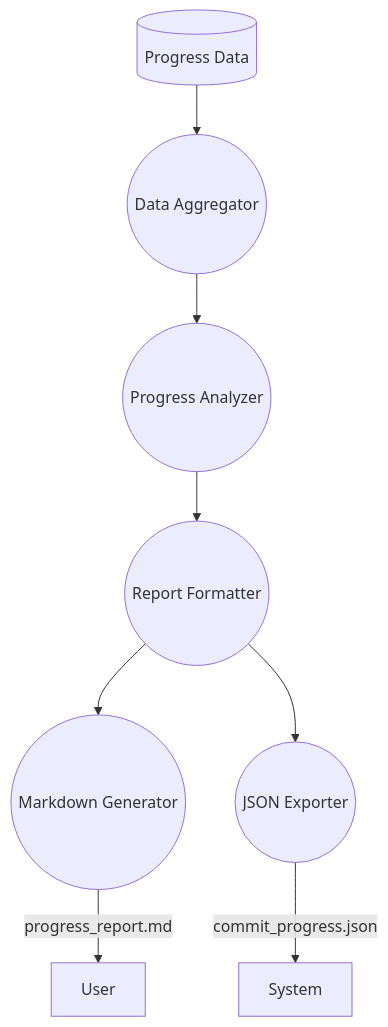
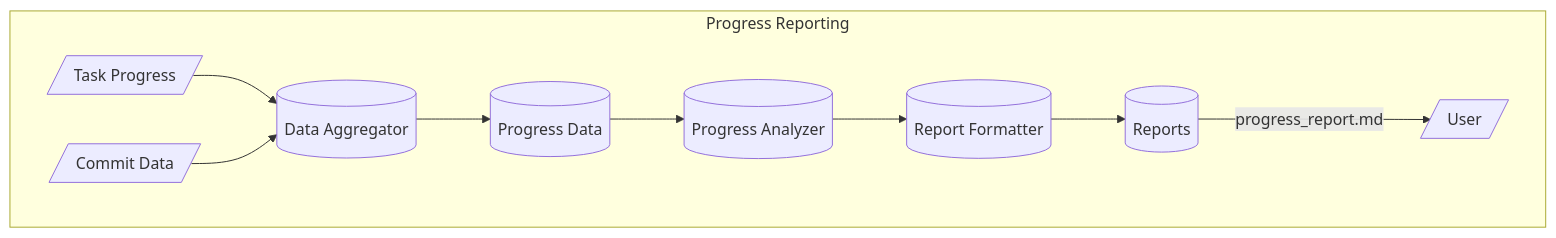
The sixth of 7 diagrams in Docs/entire_project/DFD_Diagrams.md (Shakour-Data/AutoProjectManagement), drawn with Mermaid before and after one commit. The commit also changed other lines of this file, not shown here.

````diff
--- a/Docs/entire_project/DFD_Diagrams.md
+++ b/Docs/entire_project/DFD_Diagrams.md
@@ -195,21 +174,19 @@
 ```mermaid
 graph TD
-    Progress_Data[(Progress Data)]
-    
-    Data_Aggregator((Data Aggregator))
-    Progress_Analyzer((Progress Analyzer))
-    Report_Formatter((Report Formatter))
-    
-    Markdown_Generator((Markdown Generator))
-    JSON_Exporter((JSON Exporter))
-    
-    Progress_Data --> Data_Aggregator
-    Data_Aggregator --> Progress_Analyzer
-    Progress_Analyzer --> Report_Formatter
-    
-    Report_Formatter --> Markdown_Generator
-    Report_Formatter --> JSON_Exporter
-    
-    Markdown_Generator -->|progress_report.md| User
-    JSON_Exporter -->|commit_progress.json| System
+    subgraph "Progress Reporting"
+        Data_Aggregator[("Data Aggregator")]
+        Progress_Analyzer[("Progress Analyzer")]
+        Report_Formatter[("Report Formatter")]
+        
+        Progress_Data[(Progress Data)]
+        Reports[(Reports)]
+        
+        Task_Progress[/"Task Progress"/] --> Data_Aggregator
+        Commit_Data[/"Commit Data"/] --> Data_Aggregator
+        Data_Aggregator --> Progress_Data
+        Progress_Data --> Progress_Analyzer
+        Progress_Analyzer --> Report_Formatter
+        Report_Formatter --> Reports
+        Reports -->|"progress_report.md"| User[/"User"/]
+    end
 ```
````
